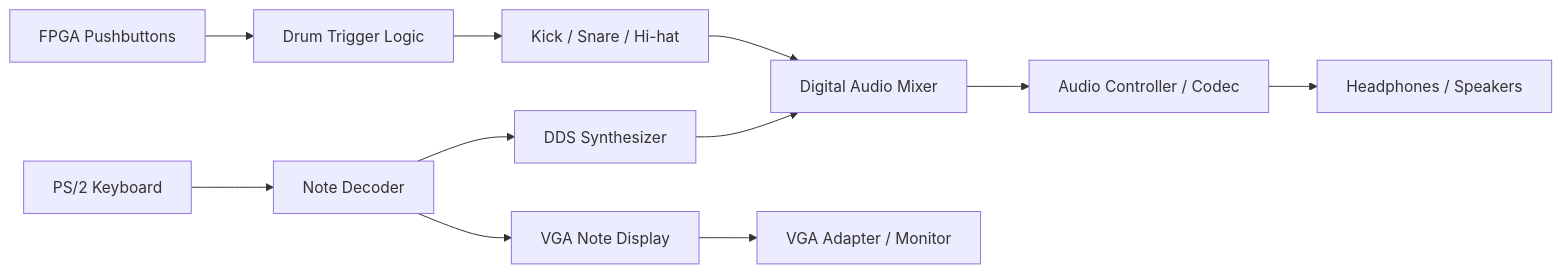
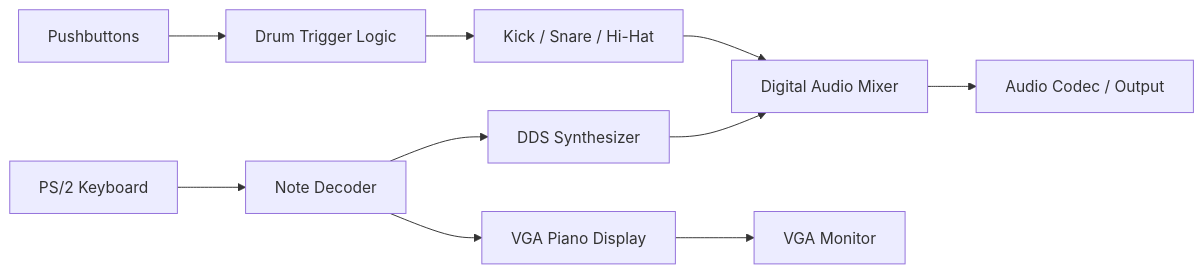
Before and after one commit to khalidiiqbal/FPGA-Digital-Instrument-Looper: the diagram in README.md, drawn with Mermaid. The commit also changed other lines of this file and 7 other files, not shown here.

````diff
--- a/README.md
+++ b/README.md
@@ -32,13 +40,12 @@
 ```mermaid
 flowchart LR
-    KB["PS/2 Keyboard"] --> D["Note Decoder"]
-    D --> S["DDS Synthesizer"]
-    D --> V["VGA Note Display"]
-    BTN["FPGA Pushbuttons"] --> T["Drum Trigger Logic"]
-    T --> R["Kick / Snare / Hi-hat"]
-    S --> MIX["Digital Audio Mixer"]
-    R --> MIX
-    MIX --> A["Audio Controller / Codec"]
-    A --> OUT["Headphones / Speakers"]
-    V --> VGA["VGA Adapter / Monitor"]
+    KB["PS/2 Keyboard"] --> DEC["Note Decoder"]
+    DEC --> SYN["DDS Synthesizer"]
+    DEC --> VGA["VGA Piano Display"]
+    BTN["Pushbuttons"] --> TRIG["Drum Trigger Logic"]
+    TRIG --> DRUM["Kick / Snare / Hi-Hat"]
+    SYN --> MIX["Digital Audio Mixer"]
+    DRUM --> MIX
+    MIX --> CODEC["Audio Codec / Output"]
+    VGA --> MON["VGA Monitor"]
 ```
````
